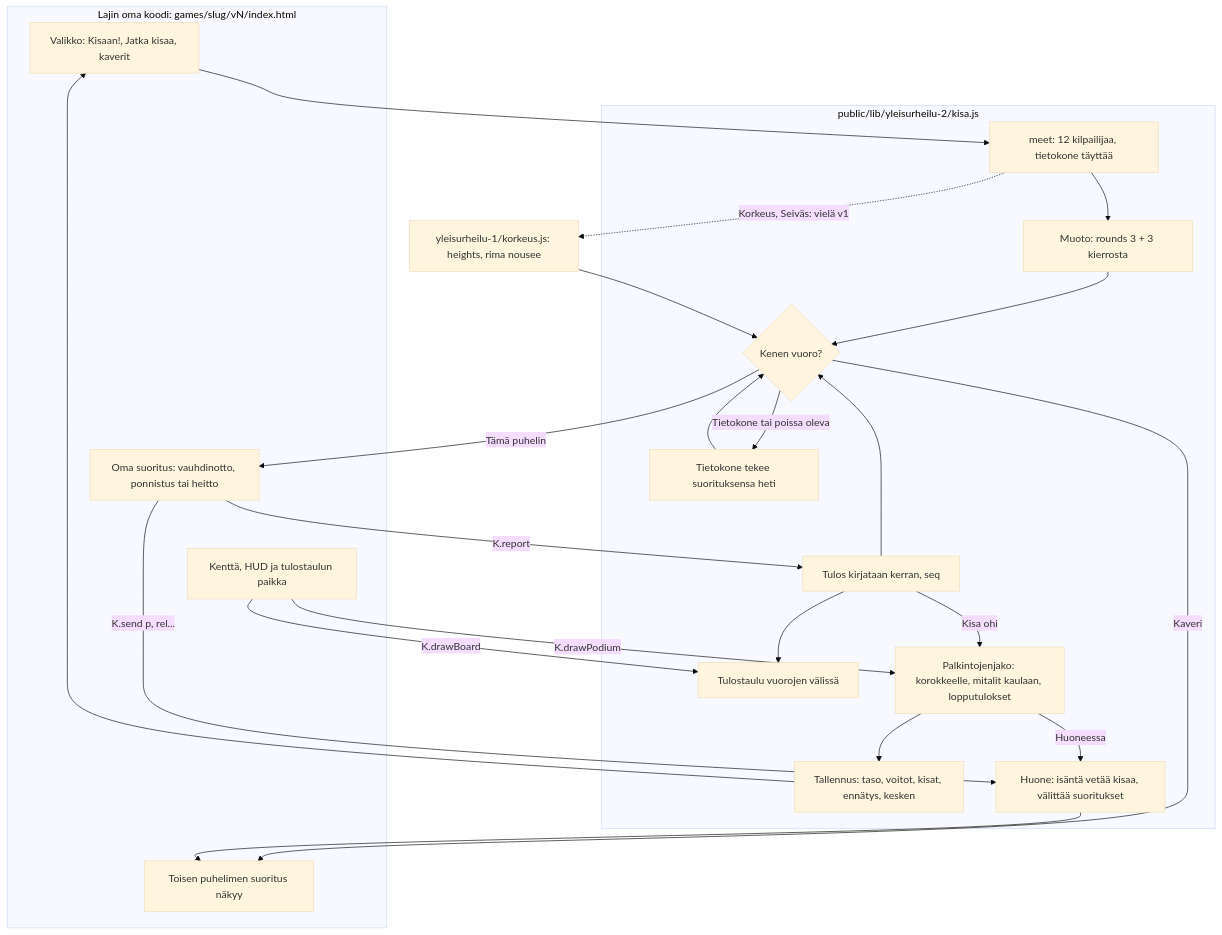
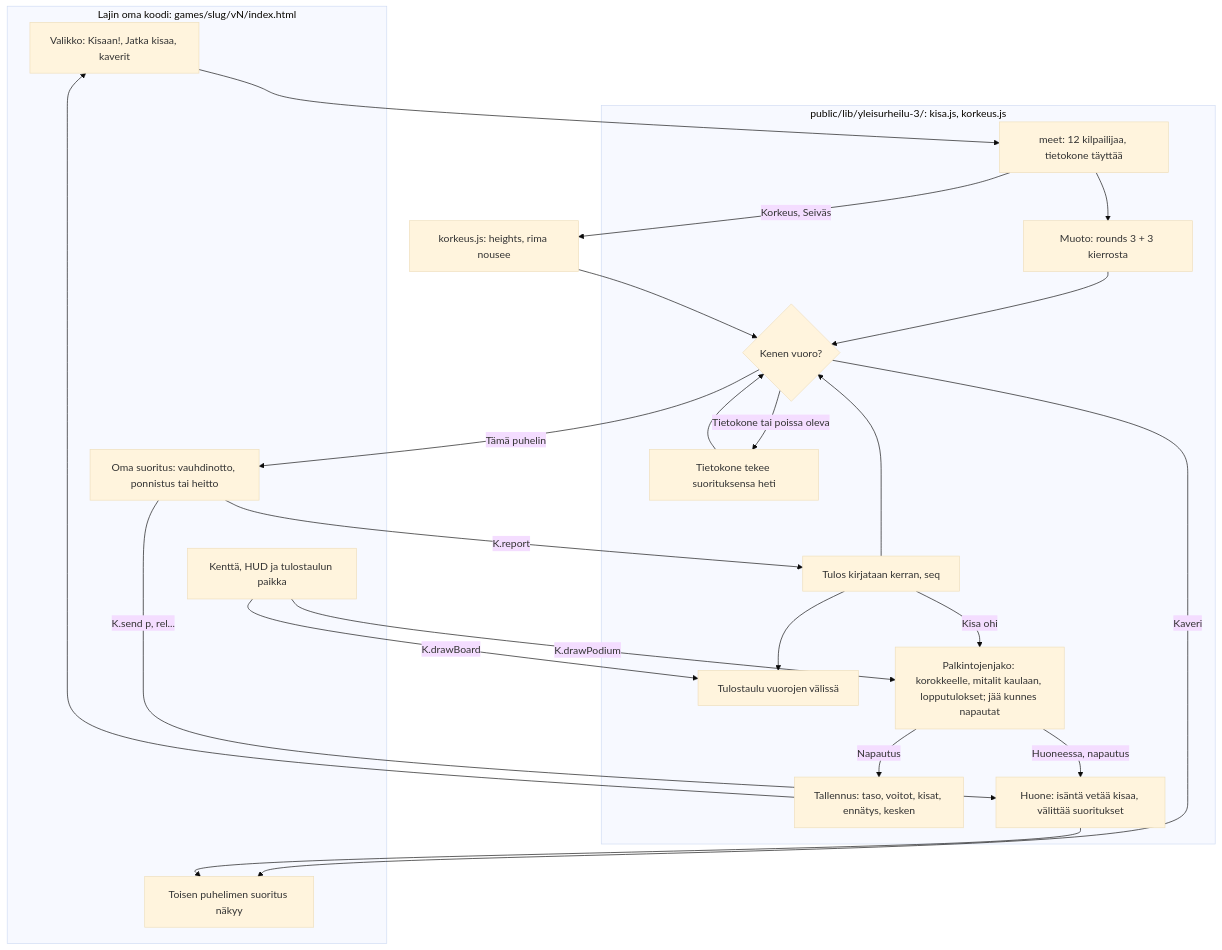
The diagram in docs/diagrams/yleisurheilu-kirjasto.md (eerovil/ai-pelit), drawn with Mermaid (base theme) before and after one commit. The commit also changed other lines of this file and 7 other files, not shown here.

````diff
--- a/docs/diagrams/yleisurheilu-kirjasto.md
+++ b/docs/diagrams/yleisurheilu-kirjasto.md
@@ -12,40 +12,40 @@
 ```mermaid
 flowchart TD
   subgraph Peli[Lajin oma koodi: games/slug/vN/index.html]
     G1[Valikko: Kisaan!, Jatka kisaa, kaverit]
     G2[Oma suoritus: vauhdinotto, ponnistus tai heitto]
     G3[Toisen puhelimen suoritus näkyy]
     G4[Kenttä, HUD ja tulostaulun paikka]
   end
-  subgraph Kirjasto[public/lib/yleisurheilu-2/kisa.js]
+  subgraph Kirjasto[public/lib/yleisurheilu-3/: kisa.js, korkeus.js]
     K1[meet: 12 kilpailijaa, tietokone täyttää]
     K2[Muoto: rounds 3 + 3 kierrosta]
     K3{Kenen vuoro?}
     K4[Tietokone tekee suorituksensa heti]
     K5[Tulos kirjataan kerran, seq]
     K6[Tulostaulu vuorojen välissä]
-    K9[Palkintojenjako: korokkeelle, mitalit kaulaan, lopputulokset]
+    K9[Palkintojenjako: korokkeelle, mitalit kaulaan, lopputulokset; jää kunnes napautat]
     K7[Tallennus: taso, voitot, kisat, ennätys, kesken]
     K8[Huone: isäntä vetää kisaa, välittää suoritukset]
   end
   G1 --> K1 --> K2 --> K3
-  K1 -. Korkeus, Seiväs: vielä v1 .-> H1[yleisurheilu-1/korkeus.js: heights, rima nousee]
+  K1 -- Korkeus, Seiväs --> H1[korkeus.js: heights, rima nousee]
   H1 --> K3
   K3 -- Tietokone tai poissa oleva --> K4 --> K3
   K3 -- Tämä puhelin --> G2
   K3 -- Kaveri --> G3
   G2 -- K.report --> K5
   G2 -- K.send p, rel... --> K8 --> G3
   K5 --> K3
   K5 --> K6
   K5 -- Kisa ohi --> K9
-  K9 --> K7 --> G1
-  K9 -- Huoneessa --> K8
+  K9 -- Napautus --> K7 --> G1
+  K9 -- Huoneessa, napautus --> K8
   G4 -- K.drawBoard --> K6
   G4 -- K.drawPodium --> K9
   class G1,G2,G4 blue
   class G3,K8 violet
   class K3 amber
   class K1,K2,K4,K5,H1 teal
   class K6,K7,K9 green
 ```
````
